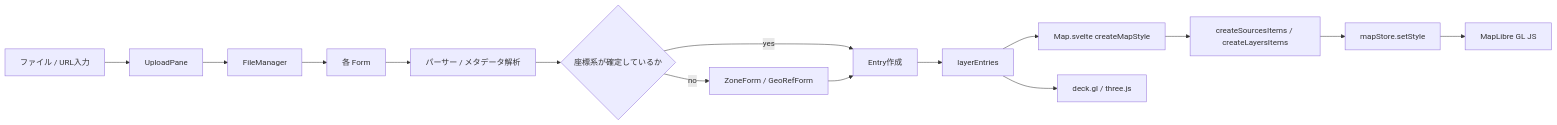
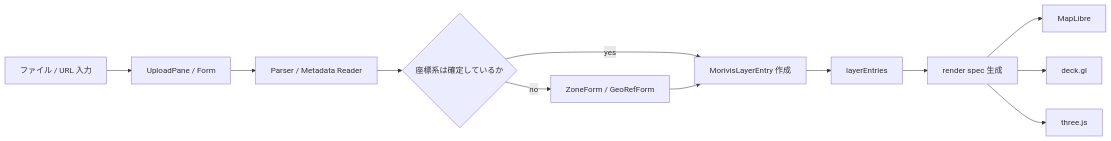
One commit to forestacdev/morivis changed the first of 2 diagrams in docs/data-pipeline.md. Above: the diagram before and after it, drawn with Mermaid. The commit also changed other lines of this file and 169 other files, not shown here.

````diff
--- a/docs/data-pipeline.md
+++ b/docs/data-pipeline.md
@@ -8,17 +11,14 @@
 ```mermaid
-graph LR
-    A[ファイル / URL入力] --> B[UploadPane]
-    B --> C[FileManager]
-    C --> D[各 Form]
-    D --> E[パーサー / メタデータ解析]
-    E --> F{座標系が確定しているか}
-    F -- yes --> G[Entry作成]
-    F -- no --> H[ZoneForm / GeoRefForm]
-    H --> G
-    G --> I[layerEntries]
-    I --> J[Map.svelte createMapStyle]
-    J --> K[createSourcesItems / createLayersItems]
-    K --> L[mapStore.setStyle]
-    L --> M[MapLibre GL JS]
-    I --> N[deck.gl / three.js]
+flowchart LR
+	A["ファイル / URL 入力"] --> B["UploadPane / Form"]
+	B --> C["Parser / Metadata Reader"]
+	C --> D{"座標系は確定しているか"}
+	D -- yes --> E["MorivisLayerEntry 作成"]
+	D -- no --> F["ZoneForm / GeoRefForm"]
+	F --> E
+	E --> G["layerEntries"]
+	G --> H["render spec 生成"]
+	H --> I["MapLibre"]
+	H --> J["deck.gl"]
+	H --> K["three.js"]
 ```
````
